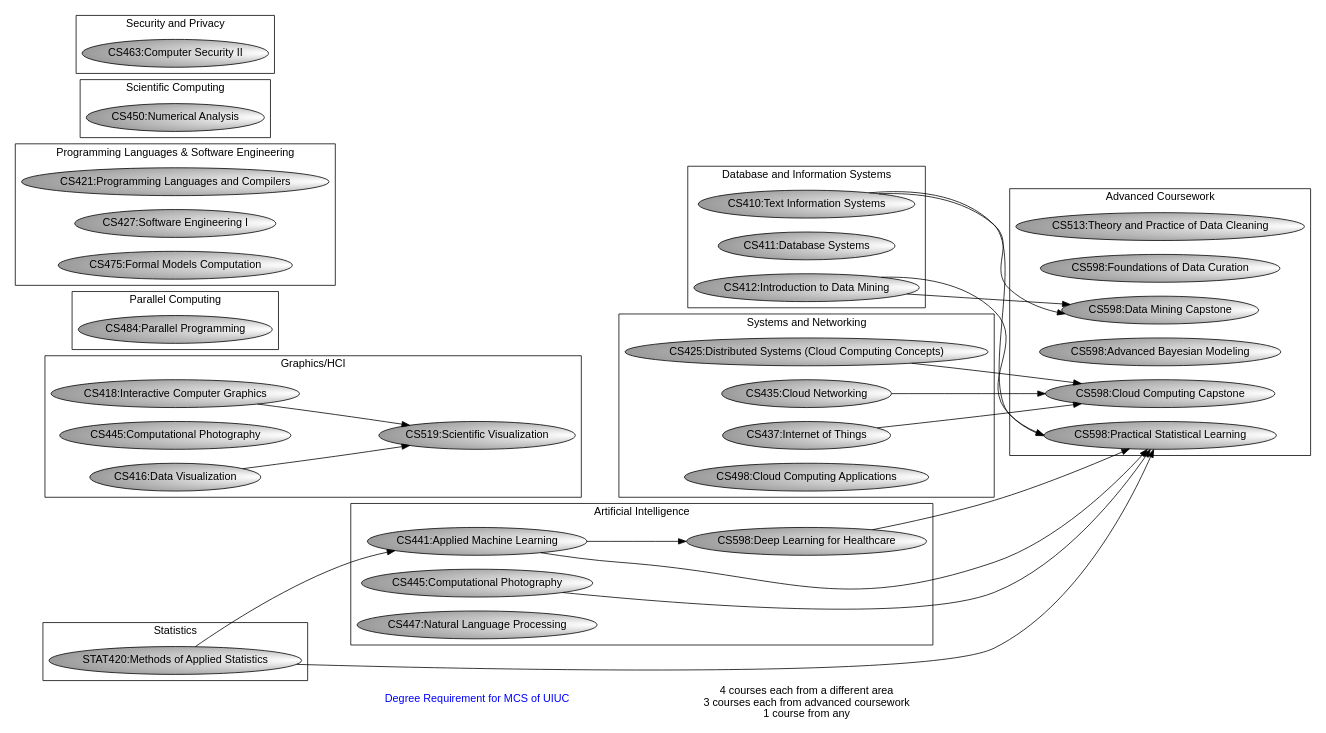
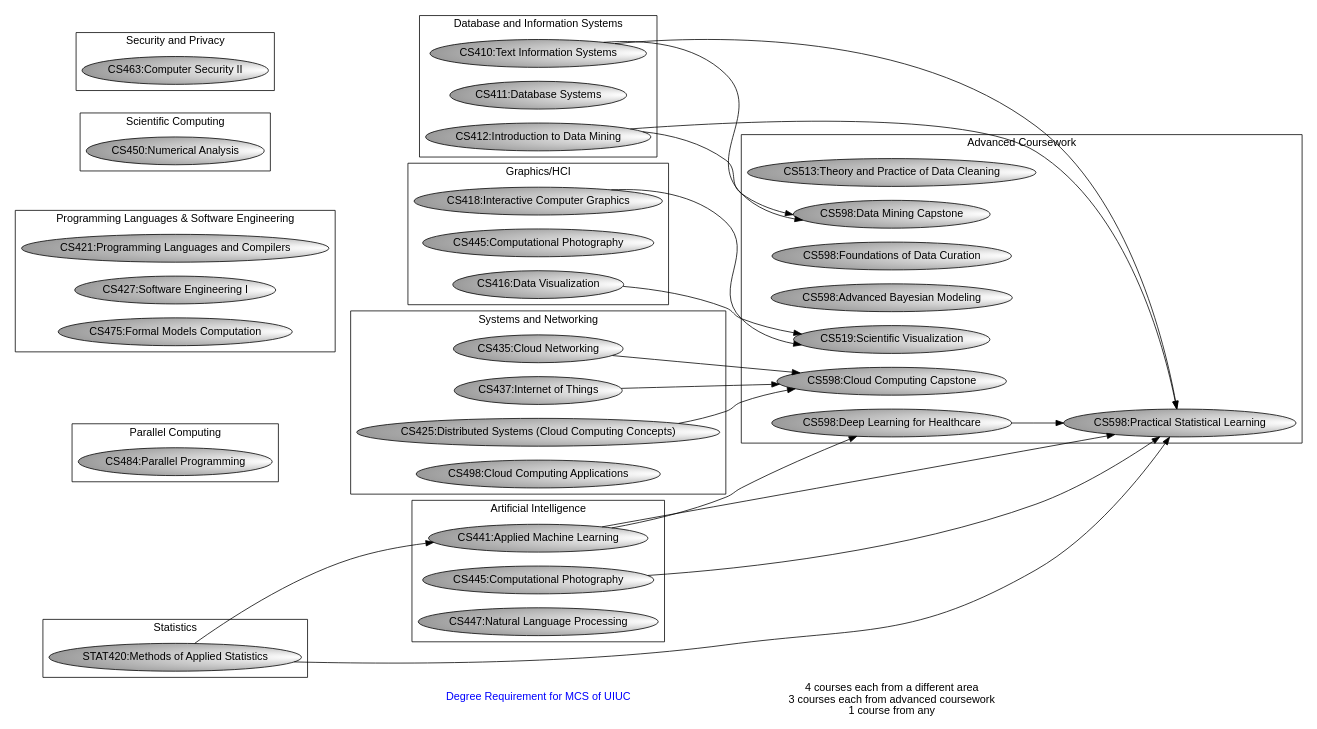
One commit to alla0810/UIUC_MCS_curriculum changed the diagram in MCS curriculum.dot. Above: the diagram before and after it, drawn with Graphviz. The commit also changed 1 other file, not shown here.

Commit message:
graphviz diagram for UIUC MCS curriculum

```diff
--- a/MCS curriculum.dot
+++ b/MCS curriculum.dot
@@ -1,195 +1,195 @@
 digraph vert {
     graph [ rankdir = "LR"]
 	fontname="Helvetica,Arial,sans-serif"
 	node [fontname="Helvetica,Arial,sans-serif"]
 	edge [fontname="Helvetica,Arial,sans-serif"]
 	node [shape=ellipse fillcolor="white:gray" fontcolor="black"]
 	
 		node [style=radial]
 		n11 [gradientangle=360 label="CS441:Applied Machine Learning" URL="https://ws.engr.illinois.edu/sitemanager/getfile.asp?id=2218"]; 
 		n12 [gradientangle=360 label="CS445:Computational Photography" URL="https://ws.engr.illinois.edu/sitemanager/getfile.asp?id=572"];
 		n13 [gradientangle=360 label="CS447:Natural Language Processing"];
 
 		n21 [gradientangle=360 label="CS410:Text Information Systems" URL="https://ws.engr.illinois.edu/sitemanager/getfile.asp?id=515"];
 		n22 [gradientangle=360 label="CS411:Database Systems" URL="https://ws.engr.illinois.edu/sitemanager/getfile.asp?id=513"];
 		n23 [gradientangle=360 label="CS412:Introduction to Data Mining" URL="https://ws.engr.illinois.edu/sitemanager/getfile.asp?id=511"];
 
 
 		n31 [gradientangle=360 label="CS418:Interactive Computer Graphics"];
 		n32 [gradientangle=360 label="CS445:Computational Photography" URL="https://ws.engr.illinois.edu/sitemanager/getfile.asp?id=572"];
 		n33 [gradientangle=360 label="CS416:Data Visualization" URL="https://ws.engr.illinois.edu/sitemanager/getfile.asp?id=507"];
 
 		n41 [gradientangle=360 label="CS484:Parallel Programming" URL="https://ws.engr.illinois.edu/sitemanager/getfile.asp?id=500"];
 
 		n51 [gradientangle=360 label="CS421:Programming Languages and Compilers"];
 		n52 [gradientangle=360 label="CS427:Software Engineering I" URL="https://ws.engr.illinois.edu/sitemanager/getfile.asp?id=512"];
 		n53 [gradientangle=360 label="CS475:Formal Models Computation"];
 
 		n61 [gradientangle=360 label="CS450:Numerical Analysis" URL="https://ws.engr.illinois.edu/sitemanager/getfile.asp?id=573"];
 		n62 [gradientangle=360 label="CS463:Computer Security II" URL="https://ws.engr.illinois.edu/sitemanager/getfile.asp?id=5461"];
 		
 		n71 [gradientangle=360 label="CS425:Distributed Systems (Cloud Computing Concepts)" URL="https://ws.engr.illinois.edu/sitemanager/getfile.asp?id=514"];
 		n72 [gradientangle=360 label="CS435:Cloud Networking" URL="https://ws.engr.illinois.edu/sitemanager/getfile.asp?id=509"];
 		n73 [gradientangle=360 label="CS437:Internet of Things" URL="https://ws.engr.illinois.edu/sitemanager/getfile.asp?id=2240"];
 		n74 [gradientangle=360 label="CS498:Cloud Computing Applications" URL="https://ws.engr.illinois.edu/sitemanager/getfile.asp?id=510"];		
 		
 	
 	
 		n101 [gradientangle=360 label="CS513:Theory and Practice of Data Cleaning" URL="https://ws.engr.illinois.edu/sitemanager/getfile.asp?id=506"];		
 		n102 [gradientangle=360 label="CS519:Scientific Visualization" URL="https://documentcloud.adobe.com/link/review?uri=urn:aaid:scds:US:78ef0a5f-6307-4635-8552-379d5cc15313#pageNum=1"];		
 		n103 [gradientangle=360 label="CS598:Foundations of Data Curation" URL="https://ws.engr.illinois.edu/sitemanager/getfile.asp?id=505"];		
 		n104 [gradientangle=360 label="CS598:Practical Statistical Learning" URL="https://ws.engr.illinois.edu/sitemanager/getfile.asp?id=502"];		
 		n105 [gradientangle=360 label="CS598:Advanced Bayesian Modeling" URL="https://ws.engr.illinois.edu/sitemanager/getfile.asp?id=504"];
 		n106 [gradientangle=360 label="CS598:Deep Learning for Healthcare" URL="https://ws.engr.illinois.edu/sitemanager/getfile.asp?id=2191"];		
 		n107 [gradientangle=360 label="CS598:Cloud Computing Capstone" URL="https://ws.engr.illinois.edu/sitemanager/getfile.asp?id=508"];
 		n108 [gradientangle=360 label="CS598:Data Mining Capstone" URL="https://ws.engr.illinois.edu/sitemanager/getfile.asp?id=503"];
 		
 		n201 [gradientangle=360 label="STAT420:Methods of Applied Statistics" URL="https://ws.engr.illinois.edu/sitemanager/getfile.asp?id=501"];		
 	
 	
 
 	
 	    subgraph cluster_1 {
 		    label = "Artificial Intelligence";
 		
             n11;
             n12;
             n13;
-            n106;
+#            n106;
 	    }
 
 	    subgraph cluster_2 {
 		    label = "Database and Information Systems";
 		
     		n21;
 	    	n22;
 		    n23;
 	    }
 	    
 	subgraph cluster_3 {
 		label = "Graphics/HCI";
 		
 
 		
 		n31;
 		n32;
 		n33;
-		n102;
+#		n102;
 	}
 	
 	subgraph cluster_4 {
 		label = "Parallel Computing";
 		
 
 		
 		n41;
 	}
 
 	subgraph cluster_5 {
 		label = "Programming Languages & Software Engineering";
 		
 
 		
         n51;
         n52;
         n53;
 	}
 
 	subgraph cluster_6 {
 		label = "Scientific Computing";
 
 
         n61;
 
 	}
 
 	subgraph cluster_7 {
 		label = "Security and Privacy";
 
         n62;
 	}
 
 	subgraph cluster_8 {
 		label = "Systems and Networking";
 
         n71;
         n72;
         n73;
         n74;
 	}
 	
 	subgraph cluster_9 {
 		label = "Theory and Algorithms";
 
         n53;
 	}
 
 	
 	subgraph cluster_10 {
 		label = "Advanced Coursework";
 
         n101;
         n102;
         n103;
         n104;
         n105;
         n106;
         n107;
         n108;
 	}
 
 
 	subgraph cluster_15 {
 		label = "Statistics";
 
         n201
 	}
 
 
     n201 -> {n11 n104};
     {n31 n33} -> n102;
     
     
     n11 -> n106;
 #    n31 -> n102;
 #    n33 -> n102;
     
     {n11 n12 n106 n21 n23 } -> n104;
 
     
 #    n11 -> n104;
 #    n12 -> n104;
 #    n106 -> n104;
 #    n21 -> n104;
 #    n23 -> n104;
  
     {n71 n72 n73} -> n107;
     
 #    n71 -> n107;
 #    n72 -> n107;
 #    n73 -> n107;
     
 #    n23 -> n108;
 #    n21 -> n108;
     
     {n23 n21} -> n108;
     
 bottom [
     label = "Degree Requirement for MCS of UIUC"
     URL="https://siebelschool.illinois.edu/academics/graduate/professional-mcs/online-master-computer-science"
     shape = plaintext
     fillcolor="white"
     fontcolor=blue
     ]
     
 n201->bottom[style=invis]
 
 annotation1 [
     label = "4 courses each from a different area\n3 courses each from advanced coursework\n1 course from any"
     shape = plaintext
     fillcolor="white"
     fontcolor=black
     ]
 bottom->annotation1[style=invis]    
 
 }
```
